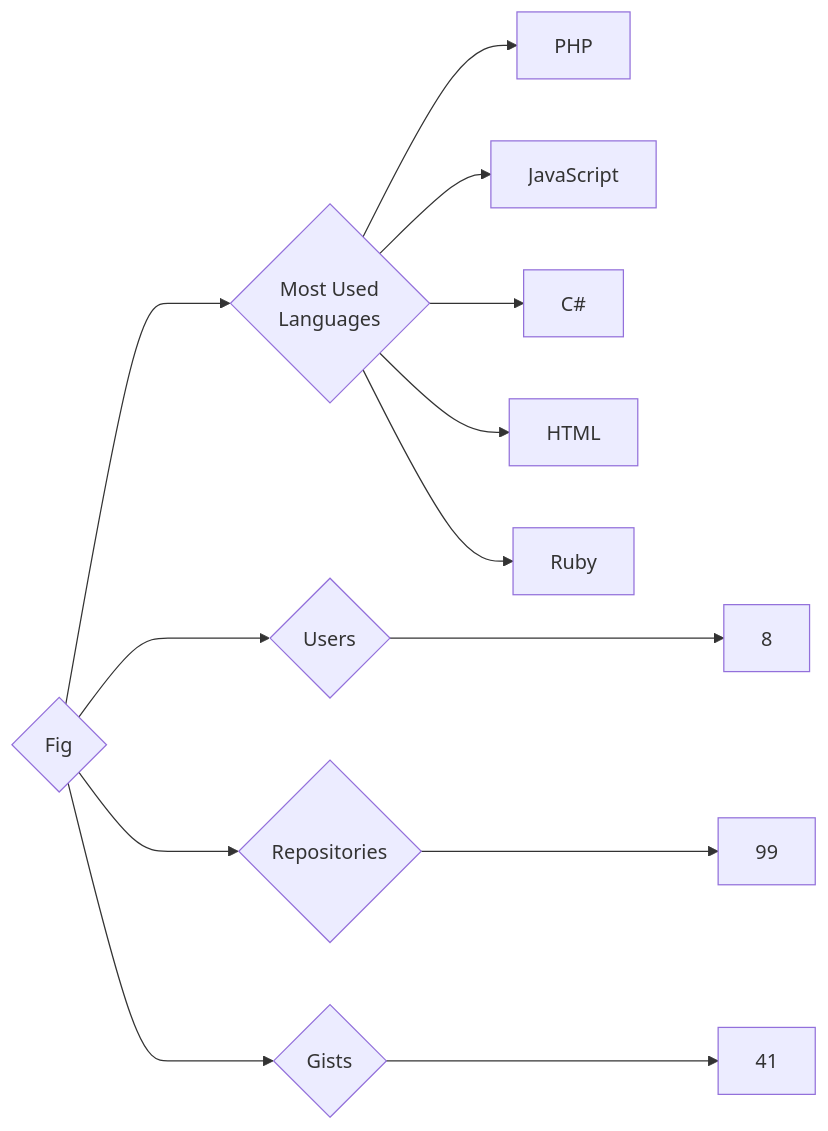
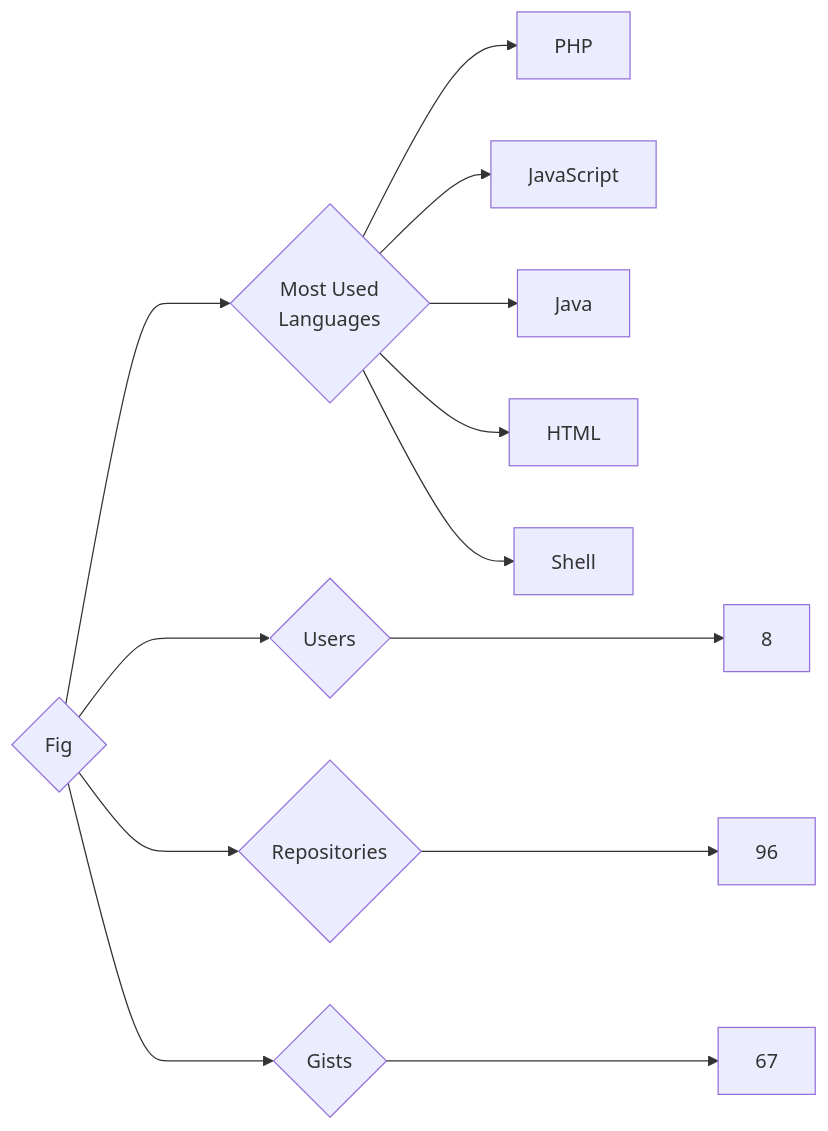
Before and after one commit to trickest/insiders: the diagram in targets/Fig/README.md, drawn with Mermaid. The commit also changed 1167 other files, not shown here.

````diff
--- a/targets/Fig/README.md
+++ b/targets/Fig/README.md
@@ -3,13 +3,13 @@
 ```mermaid
 graph LR
 COMPANY_NAME{Fig}
 COMPANY_NAME ---> U{Users} ---> UN[8]
-COMPANY_NAME ---> R{Repositories} ---> RN[99]
-COMPANY_NAME ---> G{Gists} ---> GN[41]
+COMPANY_NAME ---> R{Repositories} ---> RN[96]
+COMPANY_NAME ---> G{Gists} ---> GN[67]
 COMPANY_NAME ---> ML{Most Used<br>Languages}
 ML --> PHP[PHP]
 ML --> JavaScript[JavaScript]
-ML --> C#[C#]
+ML --> Java[Java]
 ML --> HTML[HTML]
-ML --> Ruby[Ruby]
+ML --> Shell[Shell]
 ```
````
